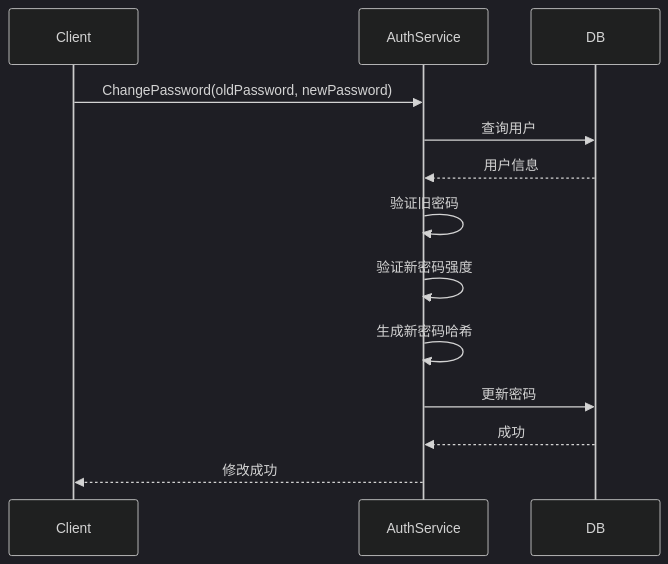
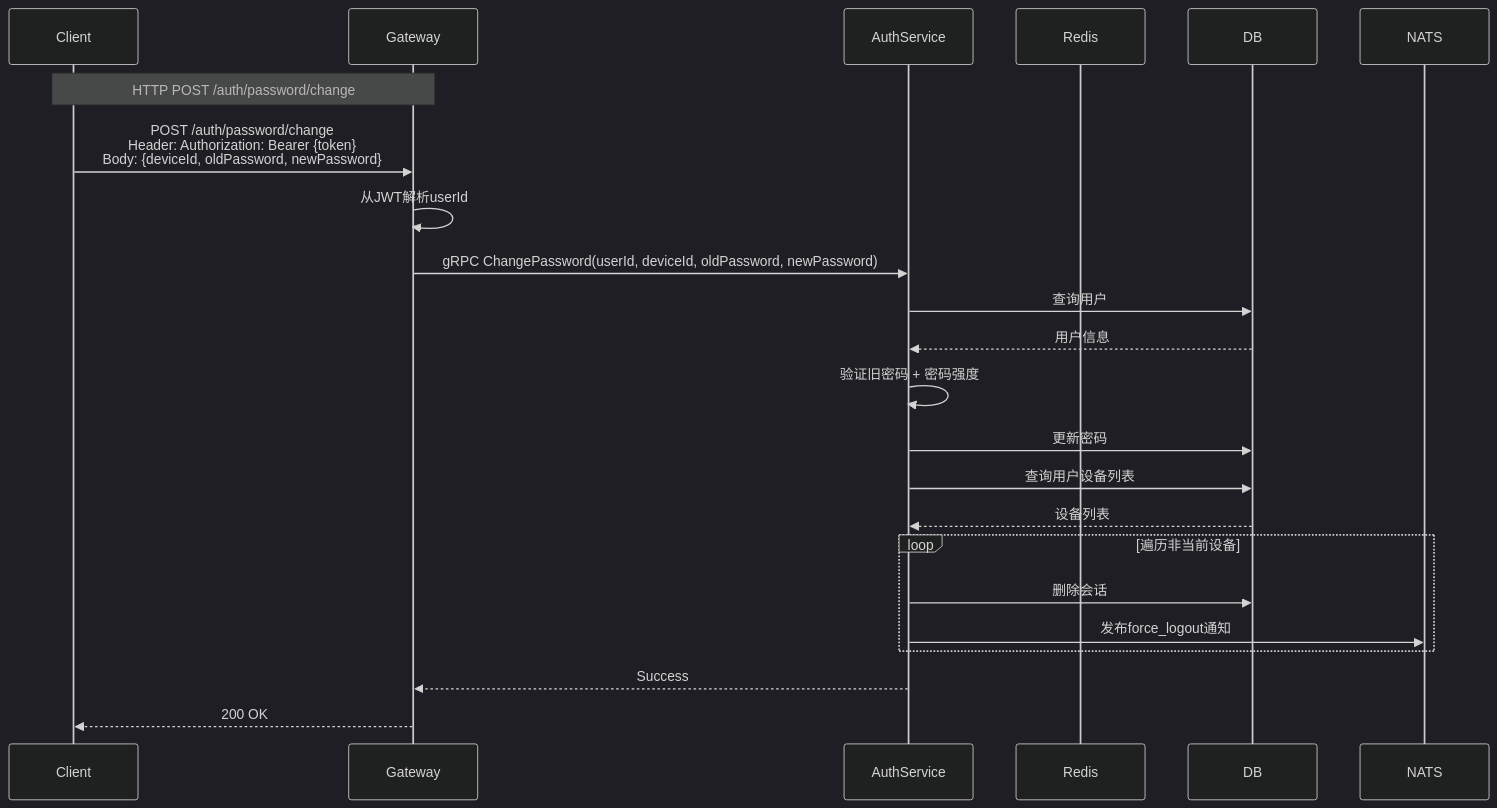
The first of 2 diagrams in docs/design/auth/password.md (anychat-im/anychat-server), drawn with Mermaid (dark theme) before and after one commit. The commit also changed other lines of this file and 8 other files, not shown here.

````diff
--- a/docs/design/auth/password.md
+++ b/docs/design/auth/password.md
@@ -17,16 +17,31 @@
 ```mermaid
 sequenceDiagram
     participant Client
+    participant Gateway
     participant AuthService
+    participant Redis
     participant DB
+    participant NATS
 
-    Client->>AuthService: ChangePassword(oldPassword, newPassword)
+    Note over Client,Gateway: HTTP POST /auth/password/change
+    Client->>Gateway: POST /auth/password/change<br/>Header: Authorization: Bearer {token}<br/>Body: {deviceId, oldPassword, newPassword}
+    Gateway->>Gateway: 从JWT解析userId
+    Gateway->>AuthService: gRPC ChangePassword(userId, deviceId, oldPassword, newPassword)
+
     AuthService->>DB: 查询用户
     DB-->>AuthService: 用户信息
-    AuthService->>AuthService: 验证旧密码
-    AuthService->>AuthService: 验证新密码强度
-    AuthService->>AuthService: 生成新密码哈希
+
+    AuthService->>AuthService: 验证旧密码 + 密码强度
     AuthService->>DB: 更新密码
-    DB-->>AuthService: 成功
-    AuthService-->>Client: 修改成功
+
+    AuthService->>DB: 查询用户设备列表
+    DB-->>AuthService: 设备列表
+
+    loop 遍历非当前设备
+        AuthService->>DB: 删除会话
+        AuthService->>NATS: 发布force_logout通知
+    end
+
+    AuthService-->>Gateway: Success
+    Gateway-->>Client: 200 OK
 ```
````
